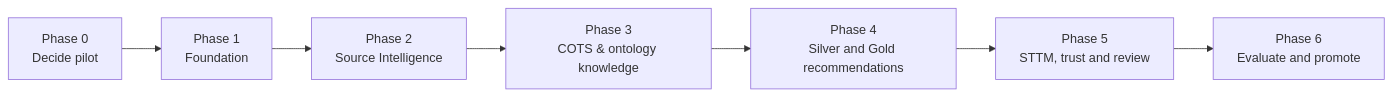
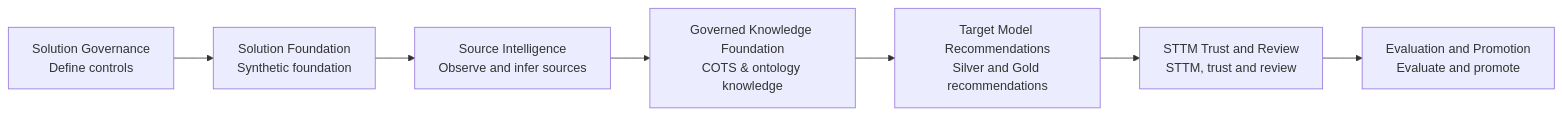
One commit to mishraar05/agentic-solution-domain-insurance changed the diagram in docs/planning/IMPLEMENTATION_PLAN.md. Above: the diagram before and after it, drawn with Mermaid. The commit also changed other lines of this file and 118 other files, not shown here.

First line of the commit message:
Add governed knowledge foundation, ontology, COTS references, skills, contracts, and tests

````diff
--- a/docs/planning/IMPLEMENTATION_PLAN.md
+++ b/docs/planning/IMPLEMENTATION_PLAN.md
@@ -24,9 +24,9 @@
 ```mermaid
 flowchart LR
-    A["Phase 0<br/>Decide pilot"] --> B["Phase 1<br/>Foundation"]
-    B --> C["Phase 2<br/>Source Intelligence"]
-    C --> D["Phase 3<br/>COTS & ontology knowledge"]
-    D --> E["Phase 4<br/>Silver and Gold recommendations"]
-    E --> F["Phase 5<br/>STTM, trust and review"]
-    F --> G["Phase 6<br/>Evaluate and promote"]
+    A["Solution Governance<br/>Define controls"] --> B["Solution Foundation<br/>Synthetic foundation"]
+    B --> C["Source Intelligence<br/>Observe and infer sources"]
+    C --> D["Governed Knowledge Foundation<br/>COTS & ontology knowledge"]
+    D --> E["Target Model Recommendations<br/>Silver and Gold recommendations"]
+    E --> F["STTM Trust and Review<br/>STTM, trust and review"]
+    F --> G["Evaluation and Promotion<br/>Evaluate and promote"]
 ```
````
